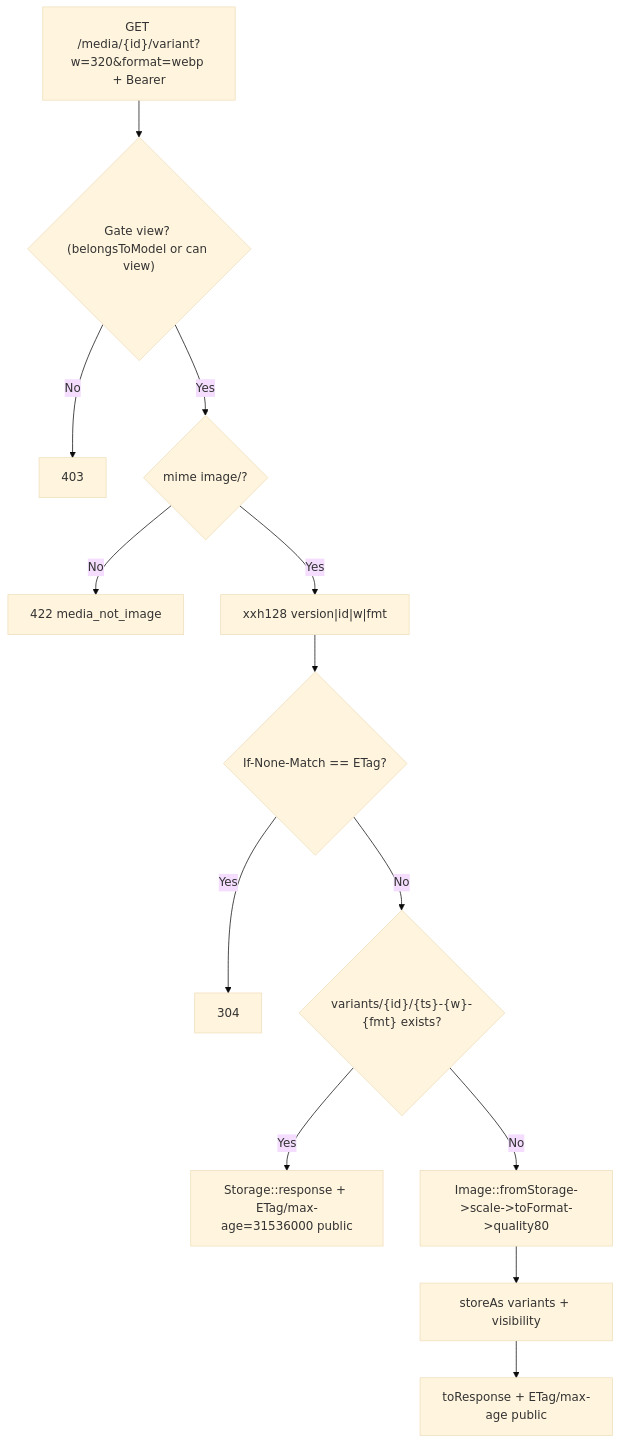
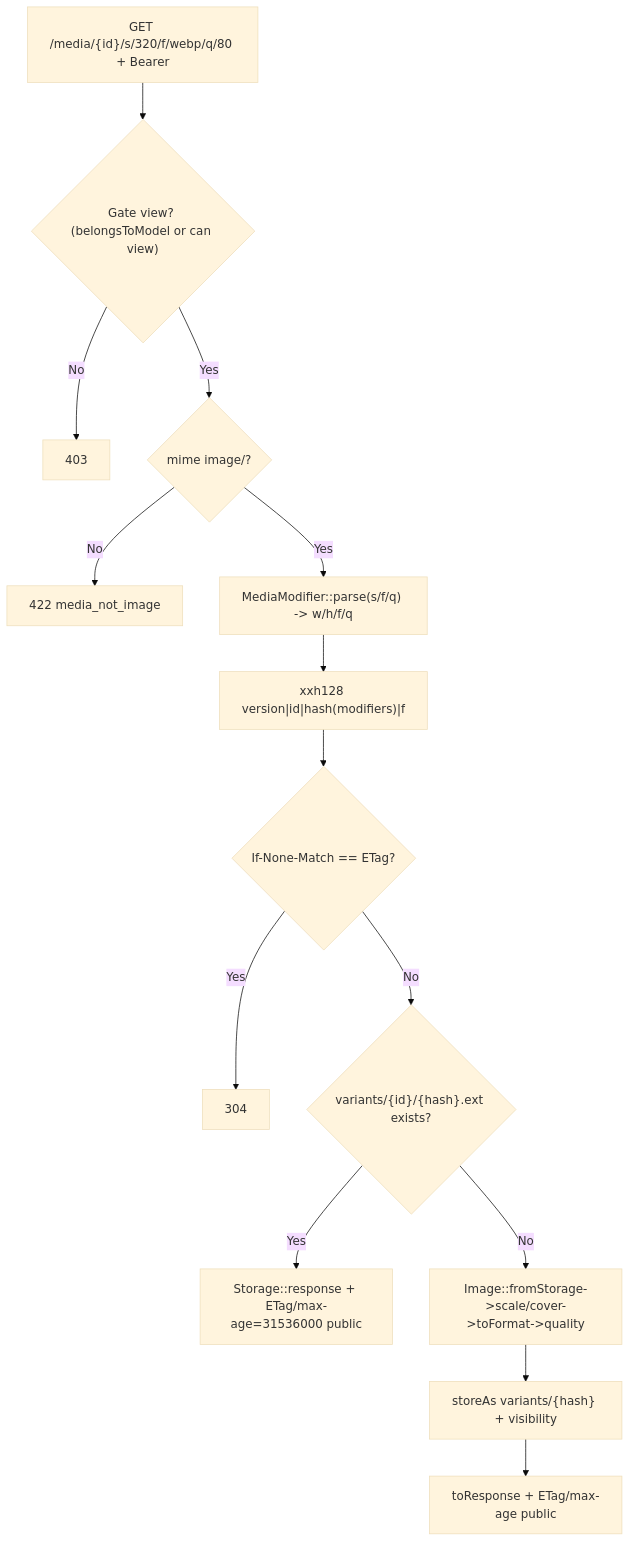
The third of 5 diagrams in modules/Media/README.md (thomiOmi/laravel-starterkit-api), drawn with Mermaid (base theme) before and after one commit. The commit also changed other lines of this file and 3 other files, not shown here.

First line of the commit message:
refactor(media): rename variant to modifier, remove variant embellishment

````diff
--- a/modules/Media/README.md
+++ b/modules/Media/README.md
@@ -137,15 +137,16 @@
 ```mermaid
 flowchart TD
-    Req["GET /media/{id}/variant?w=320&format=webp + Bearer"] --> Auth{"Gate view? (belongsToModel or can view)"}
+    Req["GET /media/{id}/s/320/f/webp/q/80 + Bearer"] --> Auth{"Gate view? (belongsToModel or can view)"}
     Auth -- No --> N403["403"]
     Auth -- Yes --> IsImg{"mime image/?"}
     IsImg -- No --> N422["422 media_not_image"]
-    IsImg -- Yes --> ETag["xxh128 version|id|w|fmt"]
+    IsImg -- Yes --> Parse["MediaModifier::parse(s/f/q) -> w/h/f/q"]
+    Parse --> ETag["xxh128 version|id|hash(modifiers)|f"]
     ETag --> Match{"If-None-Match == ETag?"}
     Match -- Yes --> N304["304"]
-    Match -- No --> Cache{"variants/{id}/{ts}-{w}-{fmt} exists?"}
+    Match -- No --> Cache{"variants/{id}/{hash}.ext exists?"}
     Cache -- Yes --> StreamCache["Storage::response + ETag/max-age=31536000 public"]
-    Cache -- No --> Gen["Image::fromStorage->scale->toFormat->quality80"]
-    Gen --> Write["storeAs variants + visibility"]
+    Cache -- No --> Gen["Image::fromStorage->scale/cover->toFormat->quality"]
+    Gen --> Write["storeAs variants/{hash} + visibility"]
     Write --> StreamGen["toResponse + ETag/max-age public"]
 ```
````
